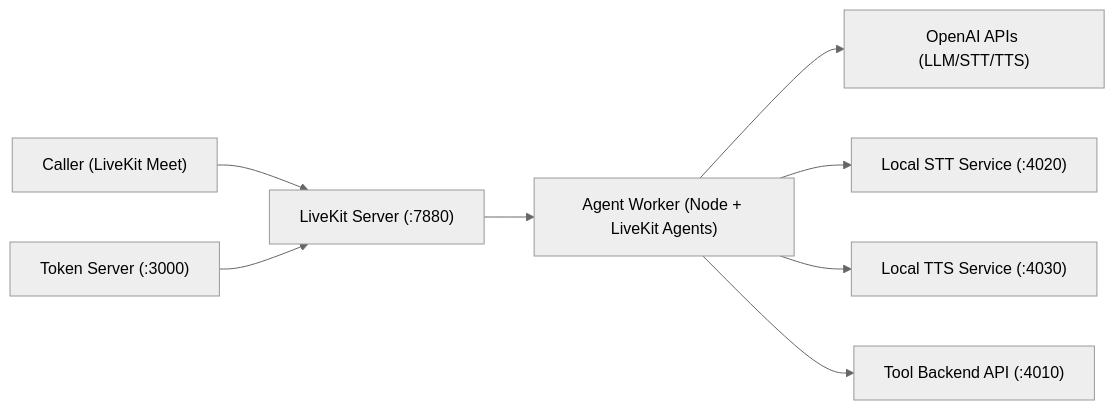
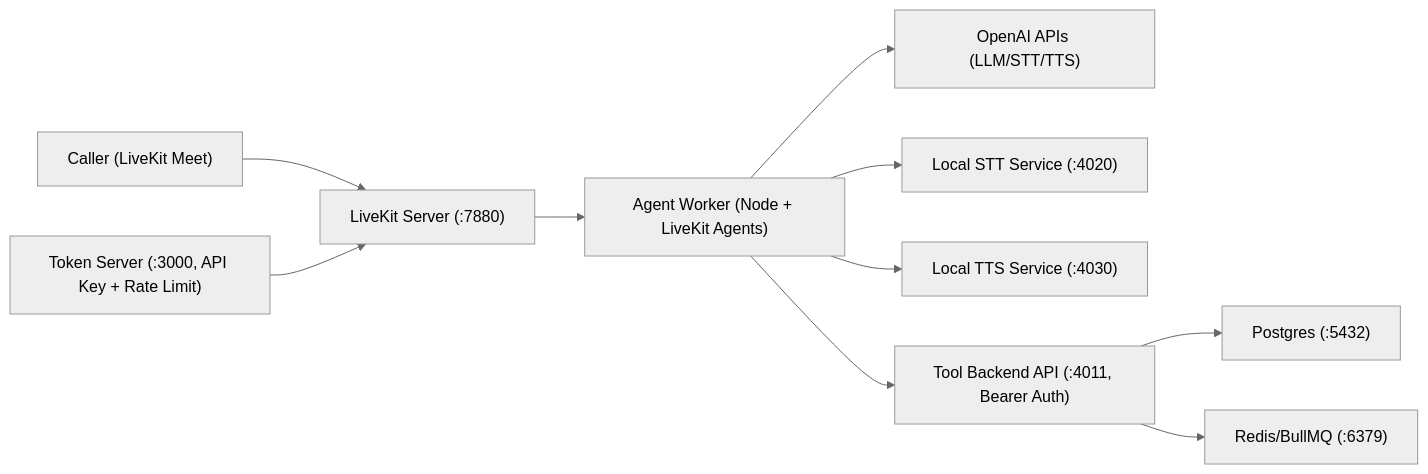
Before and after one commit to birlianil/voiceagentlive-openai: the first of 2 diagrams in docs/ARCHITECTURE.md, drawn with Mermaid (neutral theme). The commit also changed other lines of this file and 30 other files, not shown here.

````diff
--- a/docs/ARCHITECTURE.md
+++ b/docs/ARCHITECTURE.md
@@ -13,10 +13,12 @@
 ```mermaid
 flowchart LR
   caller["Caller (LiveKit Meet)"] --> livekit["LiveKit Server (:7880)"]
-  token["Token Server (:3000)"] --> livekit
+  token["Token Server (:3000, API Key + Rate Limit)"] --> livekit
   livekit --> worker["Agent Worker (Node + LiveKit Agents)"]
   worker --> openai["OpenAI APIs (LLM/STT/TTS)"]
   worker --> stt["Local STT Service (:4020)"]
   worker --> tts["Local TTS Service (:4030)"]
-  worker --> db["Tool Backend API (:4010)"]
+  worker --> db["Tool Backend API (:4011, Bearer Auth)"]
+  db --> pg["Postgres (:5432)"]
+  db --> redis["Redis/BullMQ (:6379)"]
 ```
````
